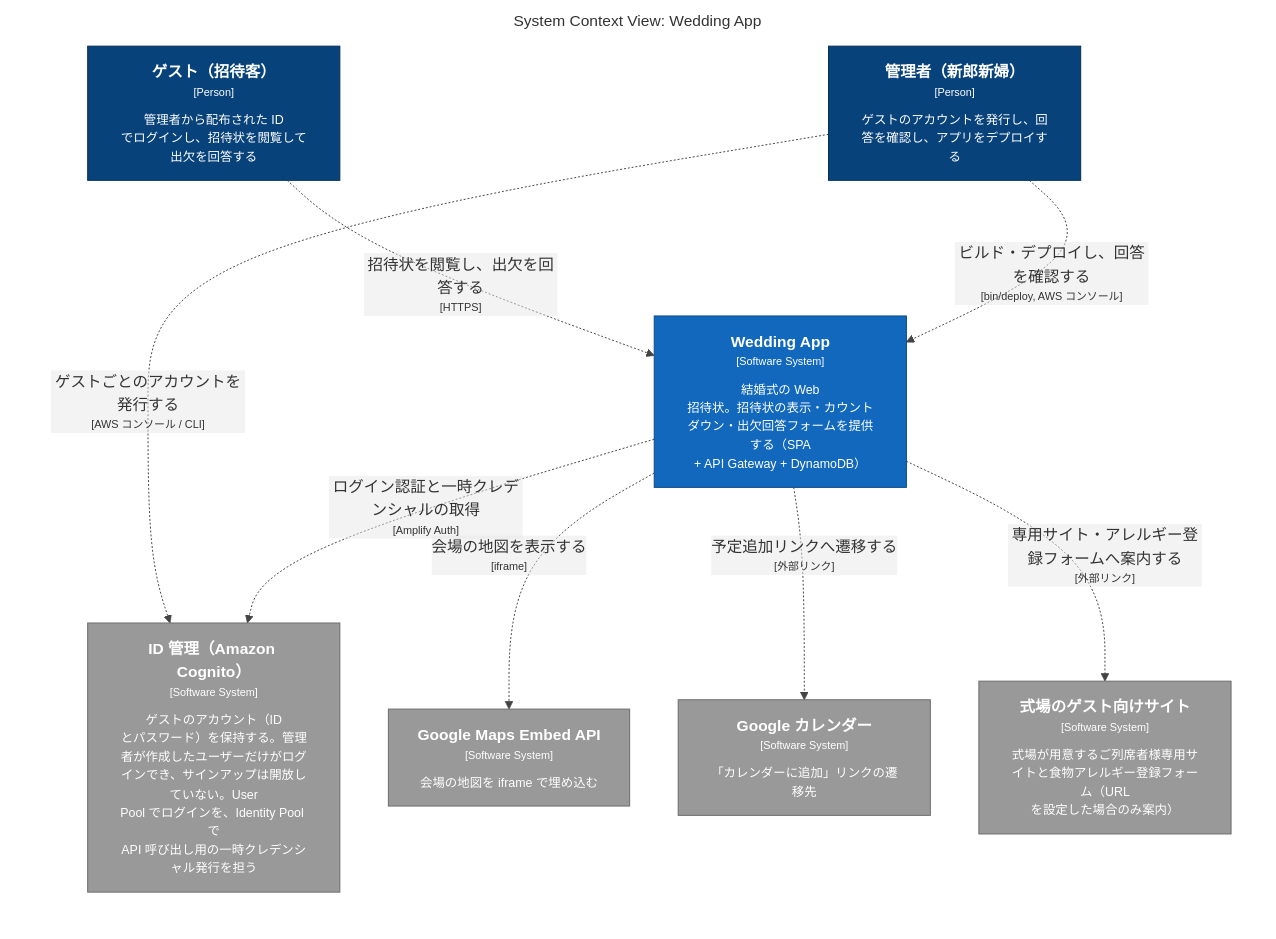
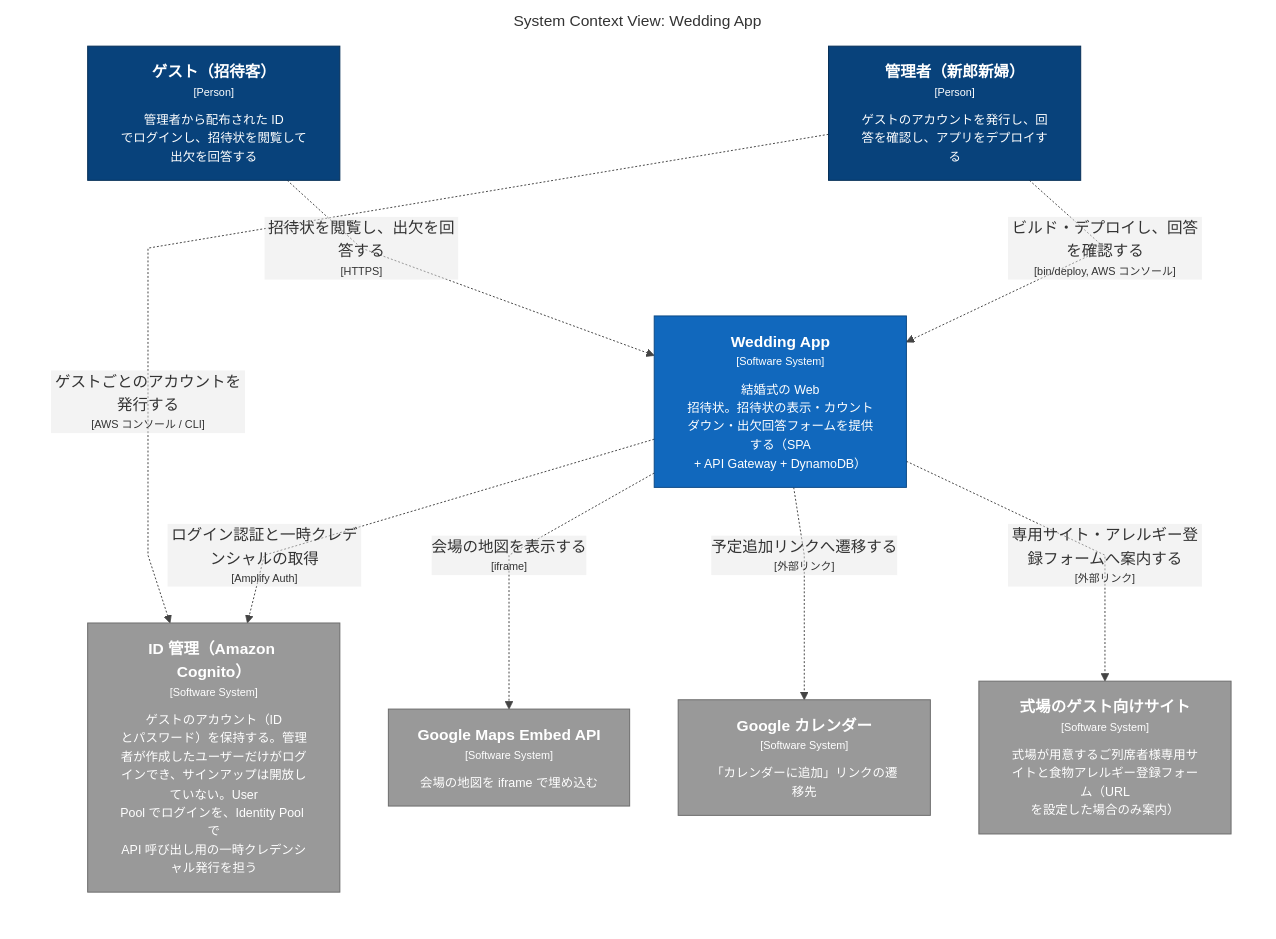
One commit to Yuchan4342/wedding-app changed the diagram in docs/architecture/structurizr-SystemContext.mmd. Above: the diagram before and after it, drawn with Mermaid. The commit also changed 3 other files, not shown here.

```diff
--- a/docs/architecture/structurizr-SystemContext.mmd
+++ b/docs/architecture/structurizr-SystemContext.mmd
@@ -1,30 +1,31 @@
+%%{init: {"flowchart": {"curve": "linear"}}}%%
 graph LR
   linkStyle default fill:none,stroke:#444444
 
   subgraph diagram ["System Context View: Wedding App"]
     style diagram fill:#ffffff,stroke:#ffffff
 
     1["<div style='font-weight: bold'>ゲスト（招待客）</div><div style='font-size: 70%; margin-top: 0px'>[Person]</div><div style='font-size: 80%; margin-top:10px'>管理者から配布された ID<br />でログインし、招待状を閲覧して出欠を回答する</div>"]
     style 1 fill:#08427b,stroke:#052e56,color:#ffffff
     10["<div style='font-weight: bold'>Google Maps Embed API</div><div style='font-size: 70%; margin-top: 0px'>[Software System]</div><div style='font-size: 80%; margin-top:10px'>会場の地図を iframe で埋め込む</div>"]
     style 10 fill:#999999,stroke:#6b6b6b,color:#ffffff
     11["<div style='font-weight: bold'>Google カレンダー</div><div style='font-size: 70%; margin-top: 0px'>[Software System]</div><div style='font-size: 80%; margin-top:10px'>「カレンダーに追加」リンクの遷移先</div>"]
     style 11 fill:#999999,stroke:#6b6b6b,color:#ffffff
     12["<div style='font-weight: bold'>式場のゲスト向けサイト</div><div style='font-size: 70%; margin-top: 0px'>[Software System]</div><div style='font-size: 80%; margin-top:10px'>式場が用意するご列席者様専用サイトと食物アレルギー登録フォーム（URL<br />を設定した場合のみ案内）</div>"]
     style 12 fill:#999999,stroke:#6b6b6b,color:#ffffff
     2["<div style='font-weight: bold'>管理者（新郎新婦）</div><div style='font-size: 70%; margin-top: 0px'>[Person]</div><div style='font-size: 80%; margin-top:10px'>ゲストのアカウントを発行し、回答を確認し、アプリをデプロイする</div>"]
     style 2 fill:#08427b,stroke:#052e56,color:#ffffff
     3["<div style='font-weight: bold'>Wedding App</div><div style='font-size: 70%; margin-top: 0px'>[Software System]</div><div style='font-size: 80%; margin-top:10px'>結婚式の Web<br />招待状。招待状の表示・カウントダウン・出欠回答フォームを提供する（SPA<br />+ API Gateway + DynamoDB）</div>"]
     style 3 fill:#1168bd,stroke:#0b4884,color:#ffffff
     9["<div style='font-weight: bold'>ID 管理（Amazon Cognito）</div><div style='font-size: 70%; margin-top: 0px'>[Software System]</div><div style='font-size: 80%; margin-top:10px'>ゲストのアカウント（ID<br />とパスワード）を保持する。管理者が作成したユーザーだけがログインでき、サインアップは開放していない。User<br />Pool でログインを、Identity Pool で<br />API 呼び出し用の一時クレデンシャル発行を担う</div>"]
     style 9 fill:#999999,stroke:#6b6b6b,color:#ffffff
 
     1-. "<div>招待状を閲覧し、出欠を回答する</div><div style='font-size: 70%'>[HTTPS]</div>" .->3
     2-. "<div>ビルド・デプロイし、回答を確認する</div><div style='font-size: 70%'>[bin/deploy, AWS コンソール]</div>" .->3
     2-. "<div>ゲストごとのアカウントを発行する</div><div style='font-size: 70%'>[AWS コンソール / CLI]</div>" .->9
     3-. "<div>ログイン認証と一時クレデンシャルの取得</div><div style='font-size: 70%'>[Amplify Auth]</div>" .->9
     3-. "<div>会場の地図を表示する</div><div style='font-size: 70%'>[iframe]</div>" .->10
     3-. "<div>予定追加リンクへ遷移する</div><div style='font-size: 70%'>[外部リンク]</div>" .->11
     3-. "<div>専用サイト・アレルギー登録フォームへ案内する</div><div style='font-size: 70%'>[外部リンク]</div>" .->12
 
   end
```
